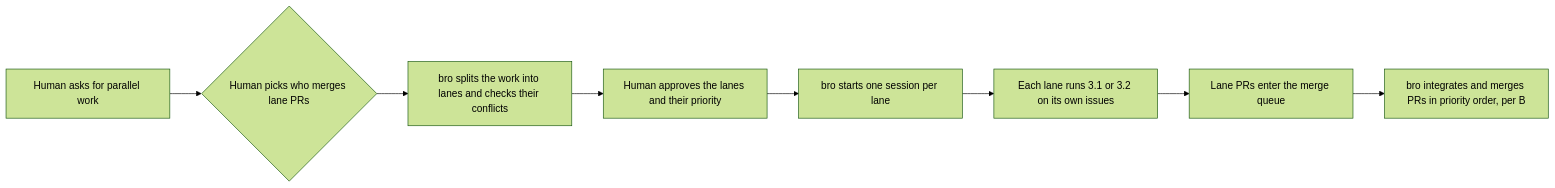
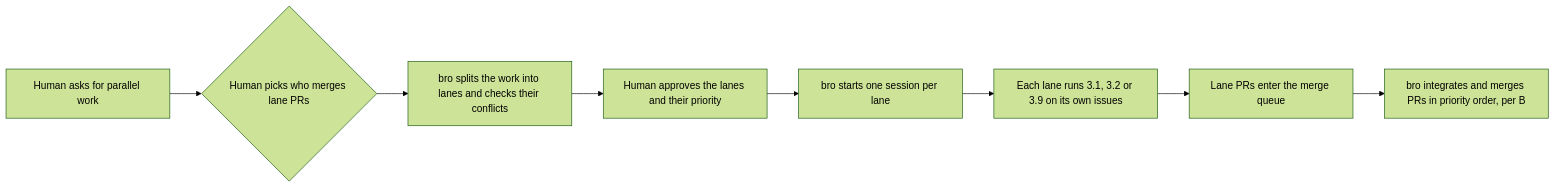
Before and after one commit to trustmybot/plugin: diagram 12 of 19 in docs/architecture/FLOWS.md, drawn with Mermaid (forest theme). The commit also changed other lines of this file and 7 other files, not shown here.

Commit message:
📝 docs(flows): plan flow 3.9 agile review mode (GH 2225)

````diff
--- a/docs/architecture/FLOWS.md
+++ b/docs/architecture/FLOWS.md
@@ -171,10 +172,10 @@
 ```mermaid
 flowchart LR
     A[Human asks for parallel work] --> B{Human picks who merges lane PRs}
     B --> C[bro splits the work into lanes and checks their conflicts]
     C --> D[Human approves the lanes and their priority]
     D --> E[bro starts one session per lane]
-    E --> F[Each lane runs 3.1 or 3.2 on its own issues]
+    E --> F[Each lane runs 3.1, 3.2 or 3.9 on its own issues]
     F --> G[Lane PRs enter the merge queue]
     G --> H[bro integrates and merges PRs in priority order, per B]
 ```
````
